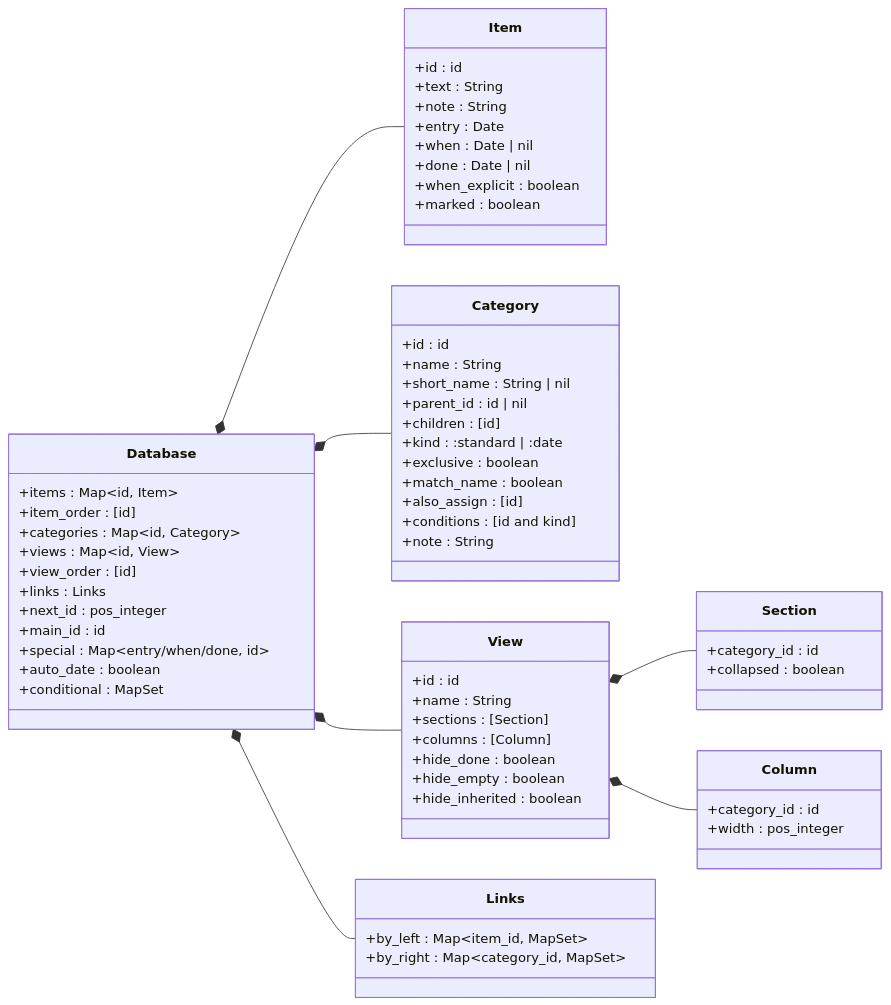
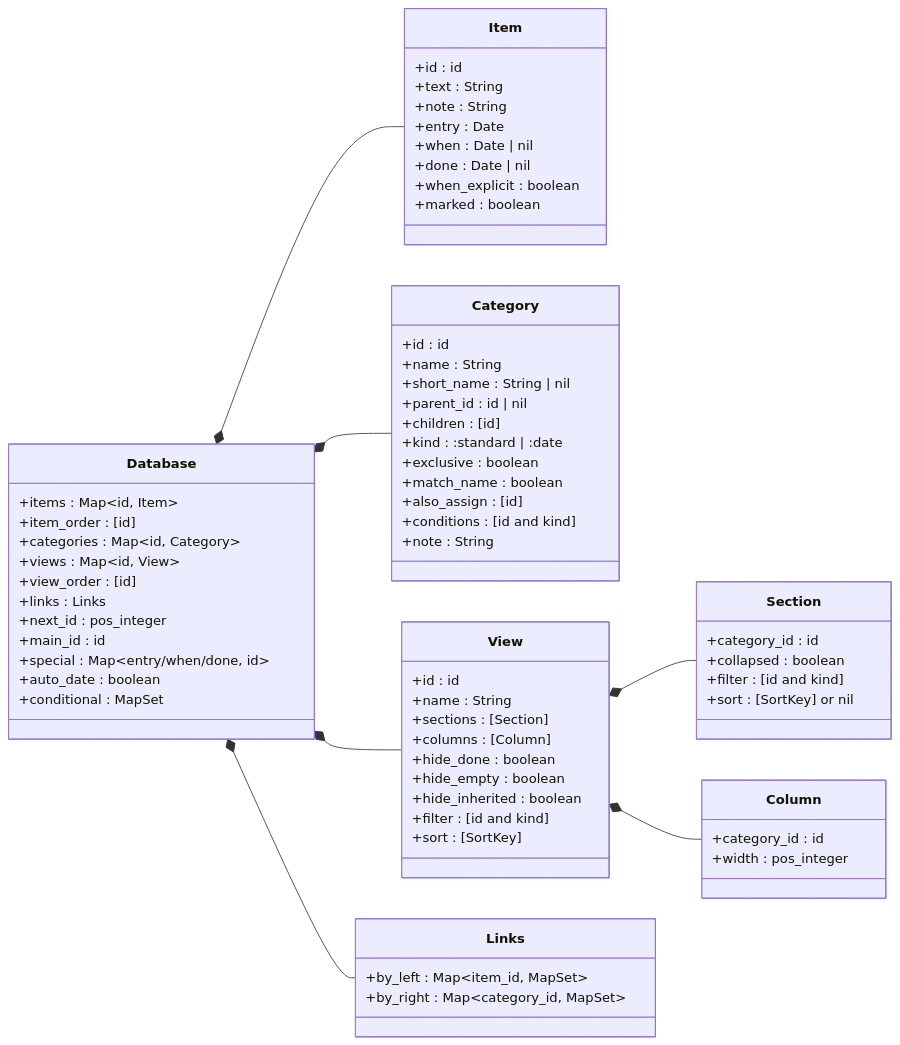
Before and after one commit to jamting/agendum: the second of 6 diagrams in docs/DATA_MODEL.md, drawn with Mermaid. The commit also changed other lines of this file and 21 other files, not shown here.

First line of the commit message:
Filter views and sections, and sort items (R28, R36)

````diff
--- a/docs/DATA_MODEL.md
+++ b/docs/DATA_MODEL.md
@@ -85,67 +89,71 @@
 ```mermaid
 classDiagram
     direction LR
     class Database {
         +items : Map~id, Item~
         +item_order : [id]
         +categories : Map~id, Category~
         +views : Map~id, View~
         +view_order : [id]
         +links : Links
         +next_id : pos_integer
         +main_id : id
         +special : Map~entry/when/done, id~
         +auto_date : boolean
         +conditional : MapSet
     }
     class Item {
         +id : id
         +text : String
         +note : String
         +entry : Date
         +when : Date | nil
         +done : Date | nil
         +when_explicit : boolean
         +marked : boolean
     }
     class Category {
         +id : id
         +name : String
         +short_name : String | nil
         +parent_id : id | nil
         +children : [id]
         +kind : :standard | :date
         +exclusive : boolean
         +match_name : boolean
         +also_assign : [id]
         +conditions : [id and kind]
         +note : String
     }
     class View {
         +id : id
         +name : String
         +sections : [Section]
         +columns : [Column]
         +hide_done : boolean
         +hide_empty : boolean
         +hide_inherited : boolean
+        +filter : [id and kind]
+        +sort : [SortKey]
     }
     class Section {
         +category_id : id
         +collapsed : boolean
+        +filter : [id and kind]
+        +sort : [SortKey] or nil
     }
     class Column {
         +category_id : id
         +width : pos_integer
     }
     class Links {
         +by_left : Map~item_id, MapSet~
         +by_right : Map~category_id, MapSet~
     }
     Database *-- Item
     Database *-- Category
     Database *-- View
     Database *-- Links
     View *-- Section
     View *-- Column
 ```
````
